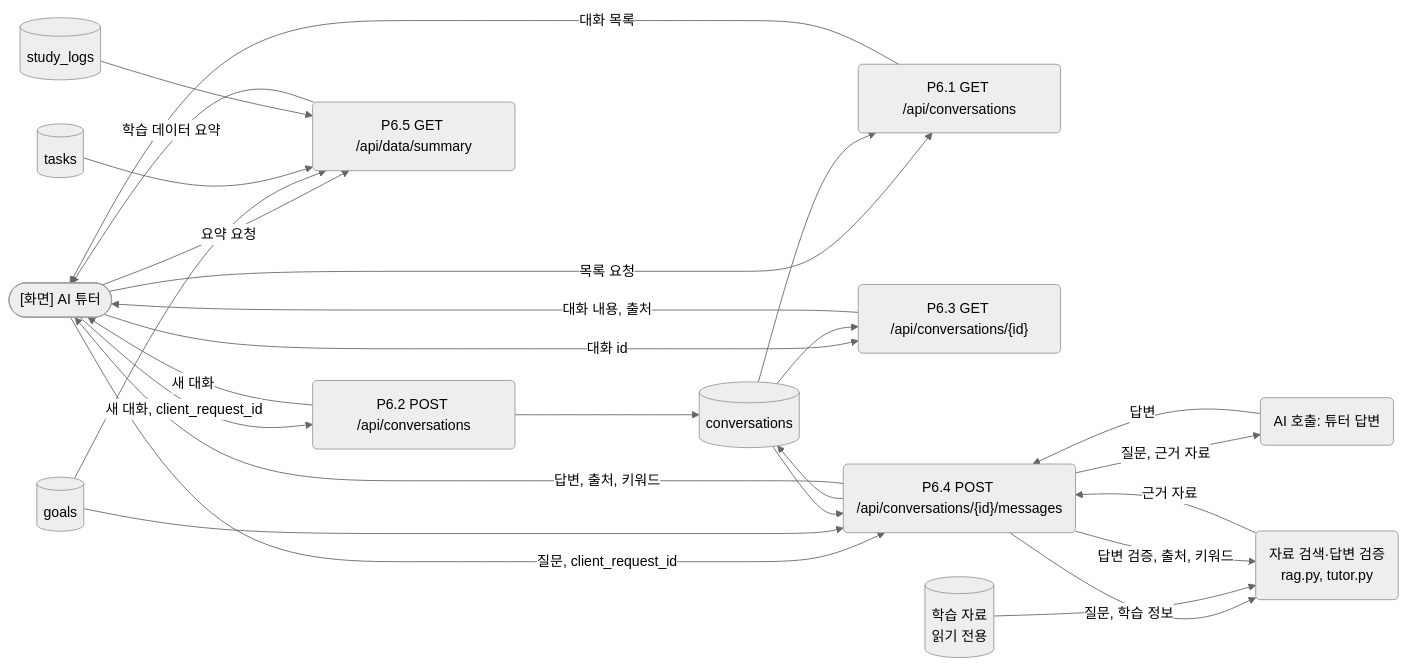
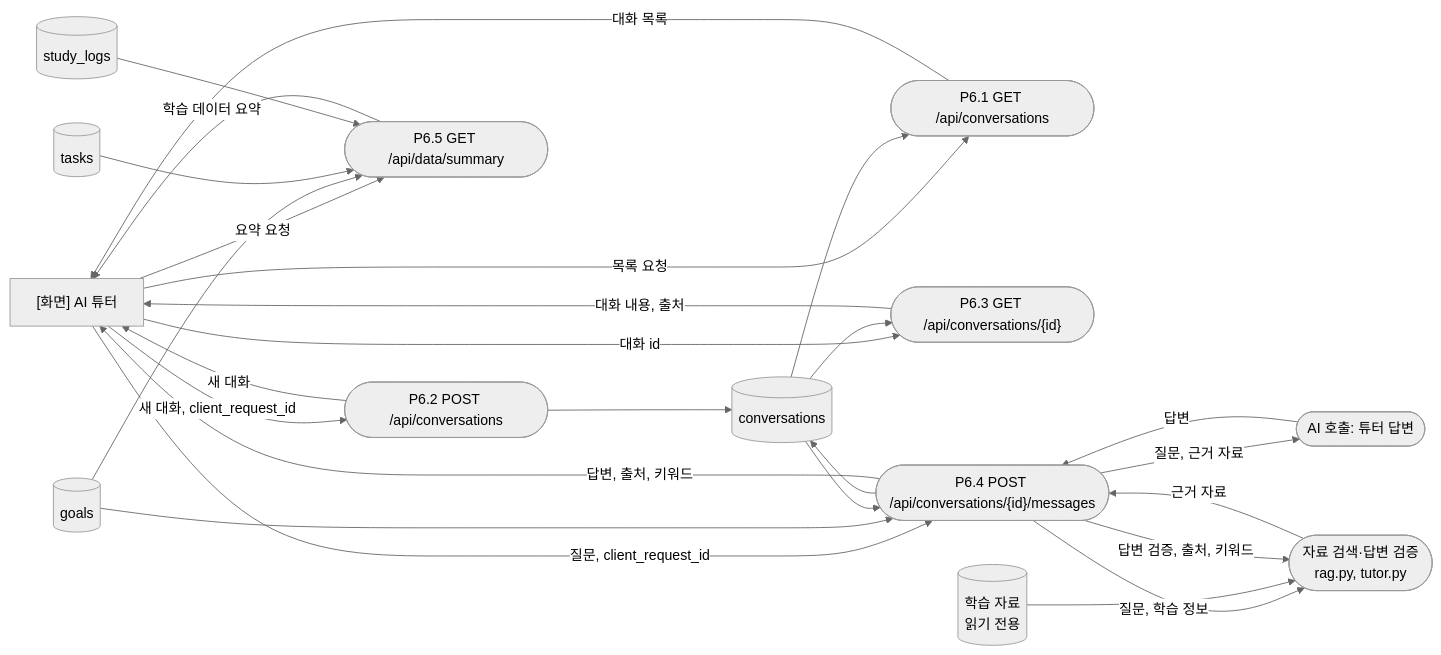
The ninth of 12 diagrams in docs/architecture_dfd.md (yong05610/ai-n-fprj), drawn with Mermaid (neutral theme) before and after one commit. The commit also changed other lines of this file, not shown here.

````diff
--- a/docs/architecture_dfd.md
+++ b/docs/architecture_dfd.md
@@ -357,42 +357,42 @@
 ```mermaid
 flowchart LR
-    S(["[화면] AI 튜터"])
-    P61("P6.1 GET /api/conversations")
-    P62("P6.2 POST /api/conversations")
-    P63("P6.3 GET /api/conversations/{id}")
-    P64("P6.4 POST /api/conversations/{id}/messages")
-    P65("P6.5 GET /api/data/summary")
-    AI("AI 호출: 튜터 답변")
-    RG("자료 검색·답변 검증<br/>rag.py, tutor.py")
+    S["[화면] AI 튜터"]
+    P61(["P6.1 GET /api/conversations"])
+    P62(["P6.2 POST /api/conversations"])
+    P63(["P6.3 GET /api/conversations/{id}"])
+    P64(["P6.4 POST /api/conversations/{id}/messages"])
+    P65(["P6.5 GET /api/data/summary"])
+    AI(["AI 호출: 튜터 답변"])
+    RG(["자료 검색·답변 검증<br/>rag.py, tutor.py"])
     DC[("conversations")]
     DG[("goals")]
     DT[("tasks")]
     DL[("study_logs")]
     DD[("학습 자료<br/>읽기 전용")]
 
     S -->|"목록 요청"| P61
     DC --> P61
     P61 -->|"대화 목록"| S
     S -->|"새 대화, client_request_id"| P62
     P62 --> DC
     P62 -->|"새 대화"| S
     S -->|"대화 id"| P63
     DC --> P63
     P63 -->|"대화 내용, 출처"| S
     S -->|"질문, client_request_id"| P64
     DG --> P64
     DC --> P64
     P64 -->|"질문, 학습 정보"| RG
     DD --> RG
     RG -->|"근거 자료"| P64
     P64 -->|"질문, 근거 자료"| AI
     AI -->|"답변"| P64
     P64 -->|"답변 검증, 출처, 키워드"| RG
     P64 --> DC
     P64 -->|"답변, 출처, 키워드"| S
     S -->|"요약 요청"| P65
     DG --> P65
     DT --> P65
     DL --> P65
     P65 -->|"학습 데이터 요약"| S
 ```
````
